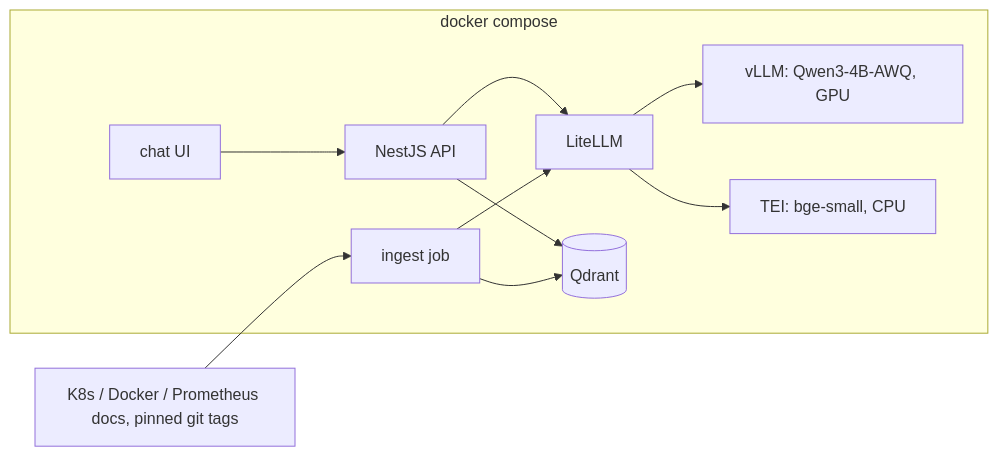
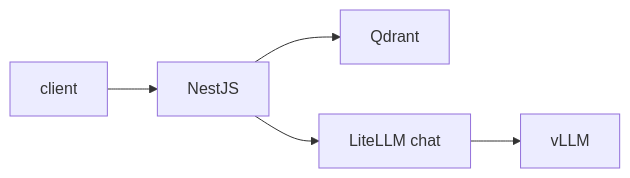
One commit to shing3tsu/docsage changed the third of 3 diagrams in README.md. Above: the diagram before and after it, drawn with Mermaid. The commit also changed other lines of this file, not shown here.

Commit message:
Update the README so the architecture matches the running stack.

````diff
--- a/README.md
+++ b/README.md
@@ -21,13 +70,7 @@
 ```mermaid
 flowchart LR
-  subgraph compose[docker compose]
-    UI[chat UI] --> API[NestJS API]
-    API --> GW[LiteLLM]
-    GW --> V[vLLM: Qwen3-4B-AWQ, GPU]
-    GW --> E[TEI: bge-small, CPU]
-    API --> Q[(Qdrant)]
-    ING[ingest job] --> GW
-    ING --> Q
-  end
-  DOCS[K8s / Docker / Prometheus docs, pinned git tags] --> ING
+  Client[client] --> NestJS[NestJS]
+  NestJS --> Qdrant[Qdrant]
+  NestJS --> Chat[LiteLLM chat]
+  Chat --> vLLM[vLLM]
 ```
````
